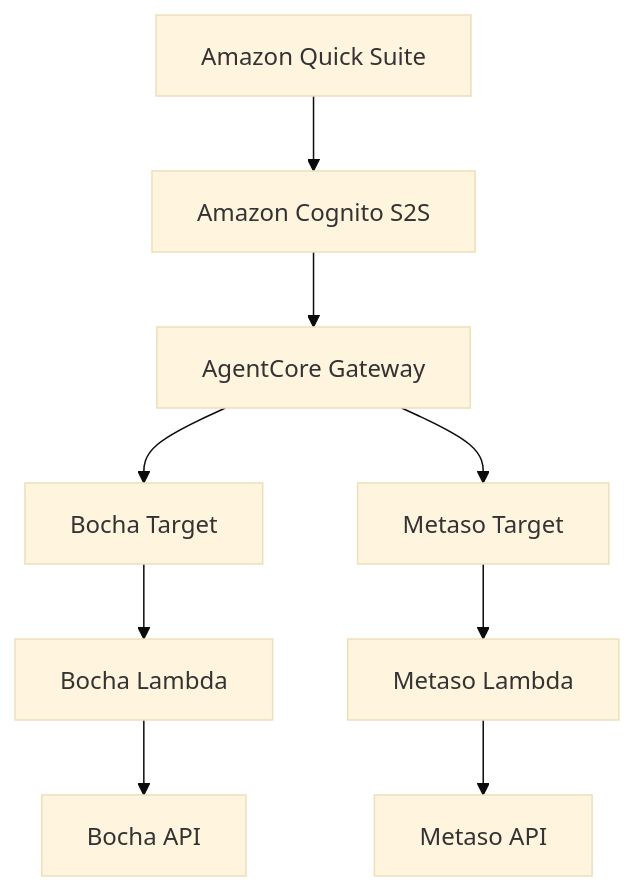
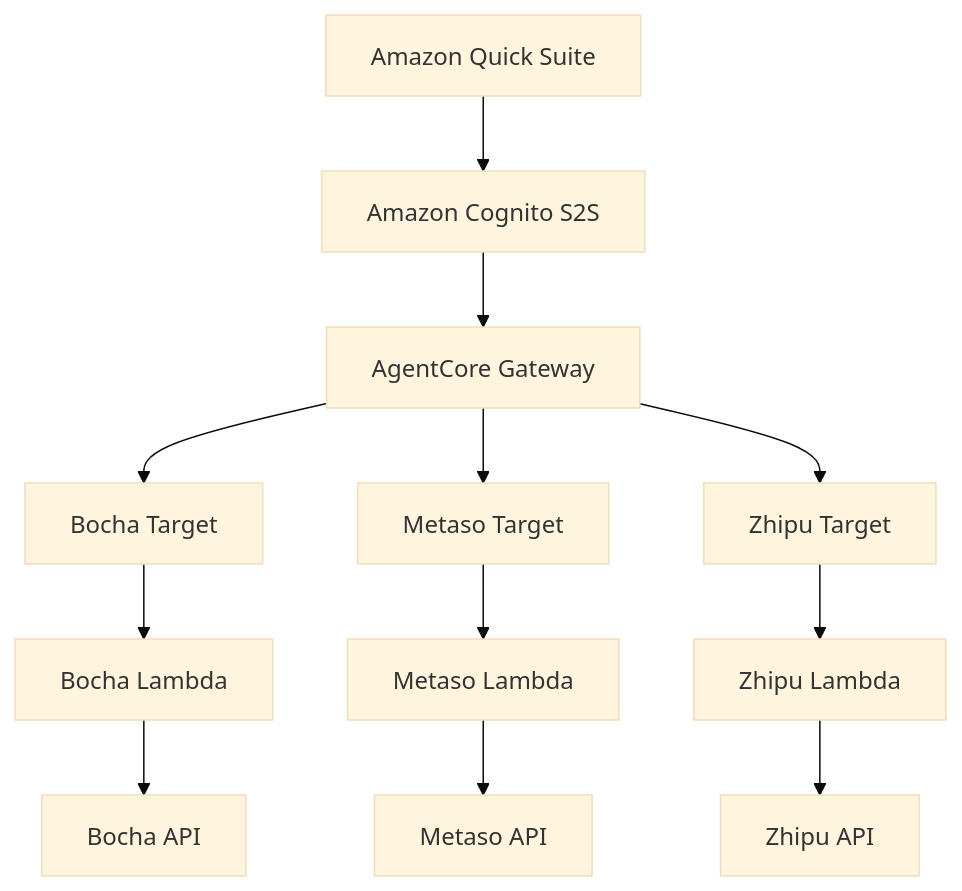
One commit to xina0311/amazon-quick-suite-web-search-integration changed the diagram in README.md. Above: the diagram before and after it, drawn with Mermaid (base theme). The commit also changed other lines of this file and 10 other files, not shown here.

````diff
--- a/README.md
+++ b/README.md
@@ -172,27 +212,33 @@
 ```mermaid
 graph TB
     QS[Amazon Quick Suite]
     COGNITO[Amazon Cognito S2S]
     GATEWAY[AgentCore Gateway]
     
     BOCHA_T[Bocha Target]
     METASO_T[Metaso Target]
+    ZHIPU_T[Zhipu Target]
     
     BOCHA_L[Bocha Lambda]
     METASO_L[Metaso Lambda]
+    ZHIPU_L[Zhipu Lambda]
     
     BOCHA_API[Bocha API]
     METASO_API[Metaso API]
+    ZHIPU_API[Zhipu API]
     
     QS --> COGNITO
     COGNITO --> GATEWAY
     
     GATEWAY --> BOCHA_T
     GATEWAY --> METASO_T
+    GATEWAY --> ZHIPU_T
     
     BOCHA_T --> BOCHA_L
     METASO_T --> METASO_L
+    ZHIPU_T --> ZHIPU_L
     
     BOCHA_L --> BOCHA_API
     METASO_L --> METASO_API
+    ZHIPU_L --> ZHIPU_API
 ```
````
